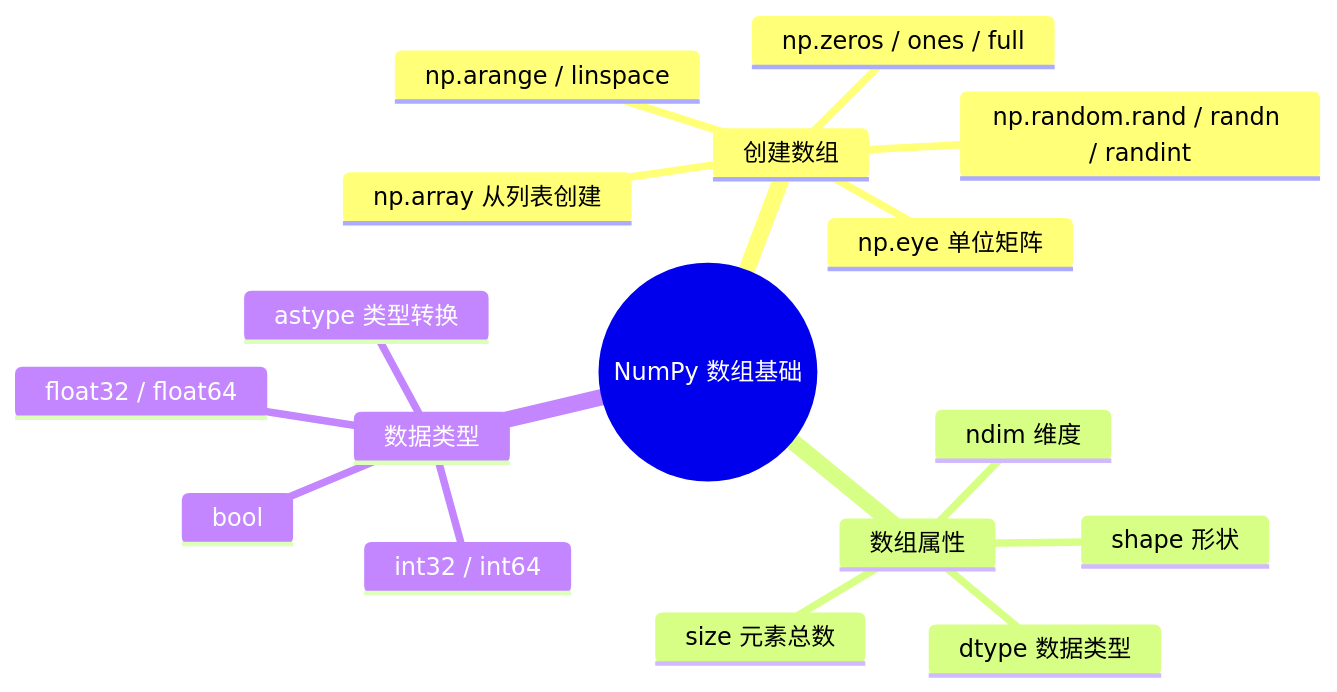
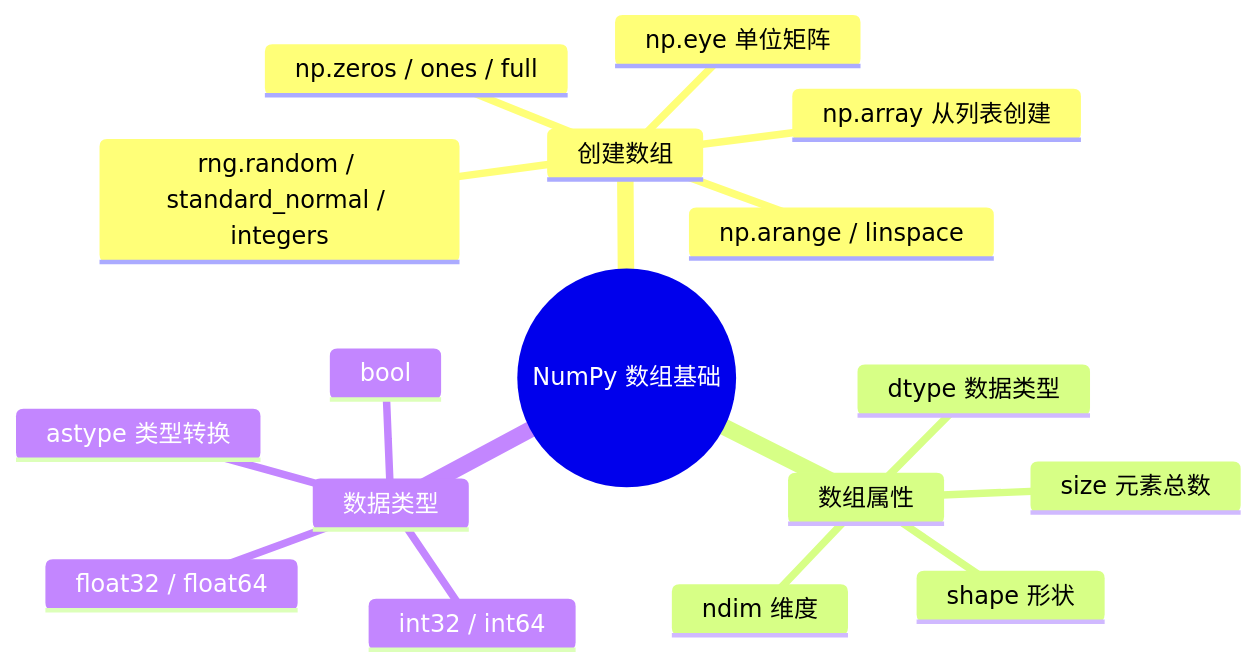
The diagram in i18n/zh-Hans/docusaurus-plugin-content-docs/current/ch03-data-analysis/ch02-numpy/02-array-basics.md (oudbiao/AI-fullstack-course), drawn with Mermaid before and after one commit. The commit also changed other lines of this file and 54 other files, not shown here.

````diff
--- a/i18n/zh-Hans/docusaurus-plugin-content-docs/current/ch03-data-analysis/ch02-numpy/02-array-basics.md
+++ b/i18n/zh-Hans/docusaurus-plugin-content-docs/current/ch03-data-analysis/ch02-numpy/02-array-basics.md
@@ -328,20 +336,20 @@
 ```mermaid
 mindmap
   root((NumPy 数组基础))
     创建数组
       np.array 从列表创建
       np.zeros / ones / full
       np.arange / linspace
-      np.random.rand / randn / randint
+      rng.random / standard_normal / integers
       np.eye 单位矩阵
     数组属性
       shape 形状
       ndim 维度
       size 元素总数
       dtype 数据类型
     数据类型
       int32 / int64
       float32 / float64
       bool
       astype 类型转换
 ```
````
